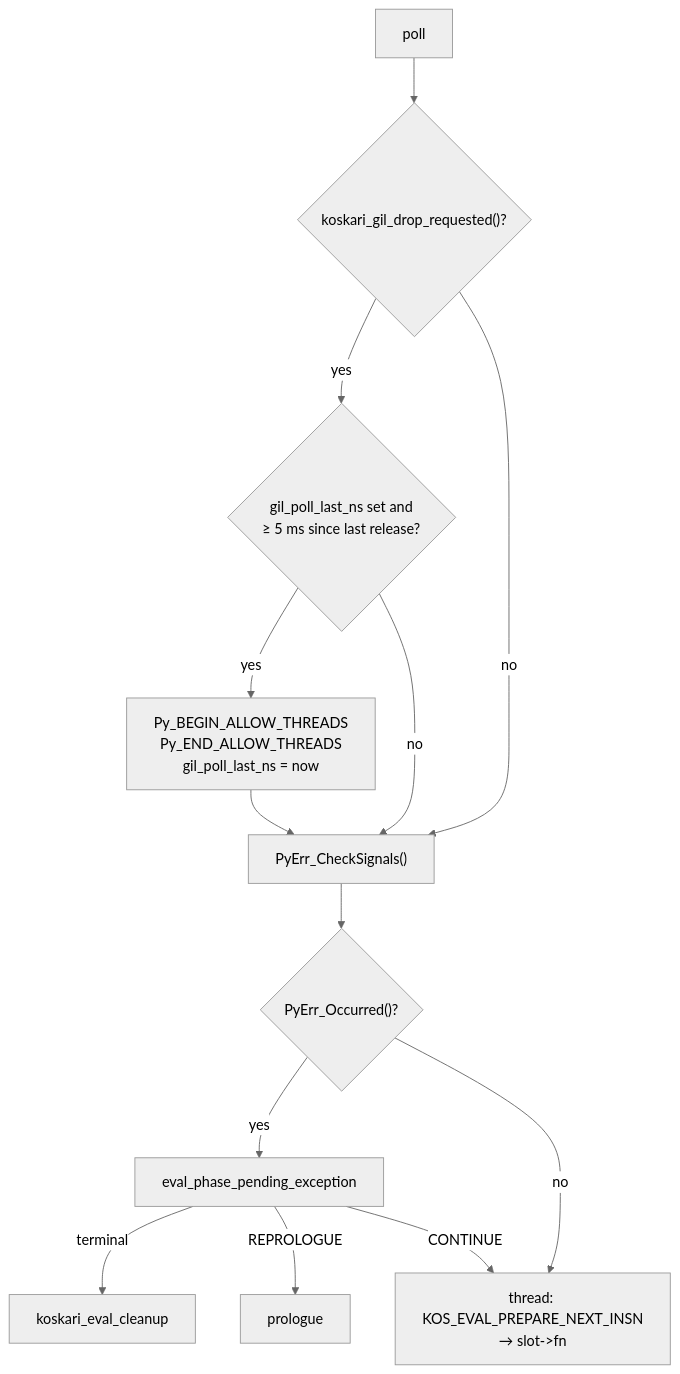
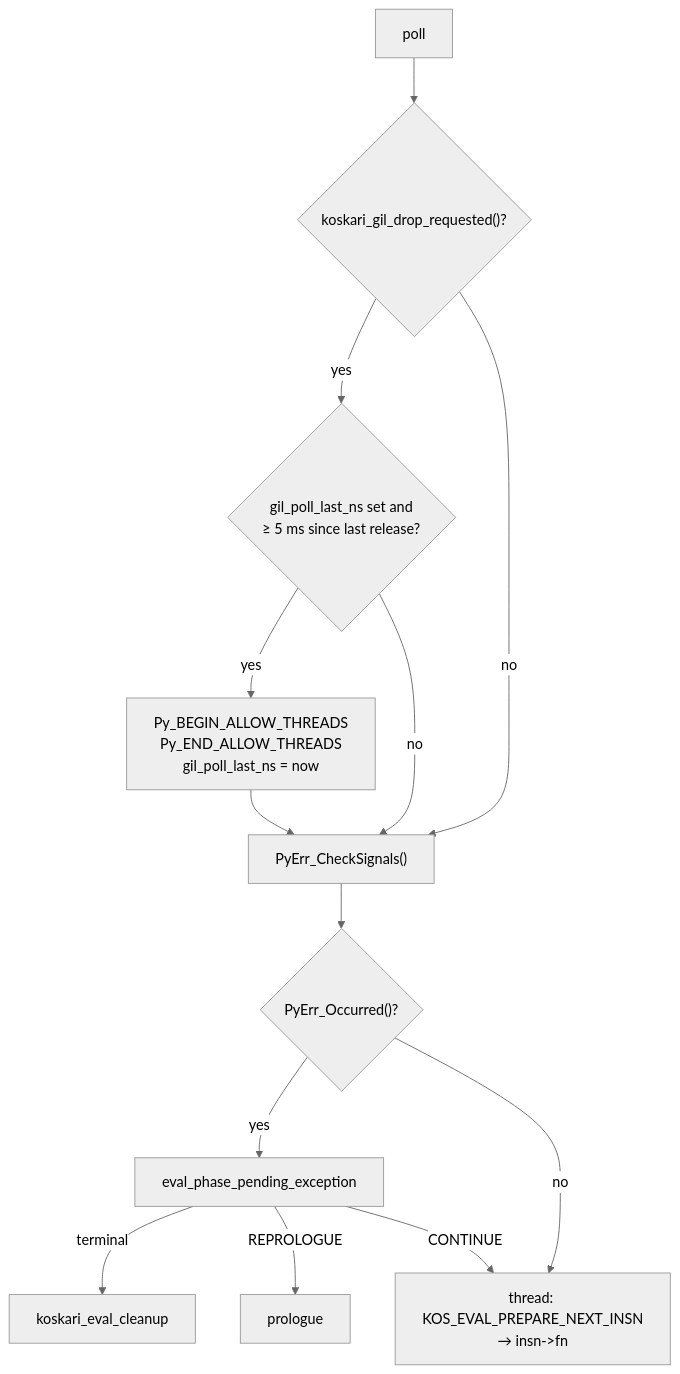
One commit to koskari-lang/koskari changed the second of 11 diagrams in design/EVALUATOR.md. Above: the diagram before and after it, drawn with Mermaid (neutral theme). The commit also changed other lines of this file and 18 other files, not shown here.

````diff
--- a/design/EVALUATOR.md
+++ b/design/EVALUATOR.md
@@ -210,24 +210,24 @@
 ```mermaid
 flowchart TD
     poll["poll"]
     drop{"koskari_gil_drop_requested()?"}
     time{"gil_poll_last_ns set and<br/>≥ 5 ms since last release?"}
     gil["Py_BEGIN_ALLOW_THREADS<br/>Py_END_ALLOW_THREADS<br/>gil_poll_last_ns = now"]
     sig["PyErr_CheckSignals()"]
     pyerr{"PyErr_Occurred()?"}
     pend["eval_phase_pending_exception"]
-    dispatch["thread: KOS_EVAL_PREPARE_NEXT_INSN<br/>→ slot->fn"]
+    dispatch["thread: KOS_EVAL_PREPARE_NEXT_INSN<br/>→ insn->fn"]
 
     poll --> drop
     drop -->|yes| time
     drop -->|no| sig
     time -->|yes| gil
     time -->|no| sig
     gil --> sig
     sig --> pyerr
     pyerr -->|yes| pend
     pyerr -->|no| dispatch
     pend -->|terminal| stop["koskari_eval_cleanup"]
     pend -->|REPROLOGUE| prologue["prologue"]
     pend -->|CONTINUE| dispatch
 ```
````
